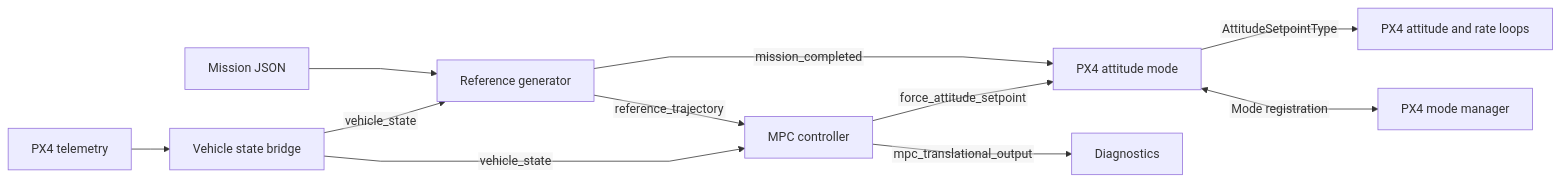
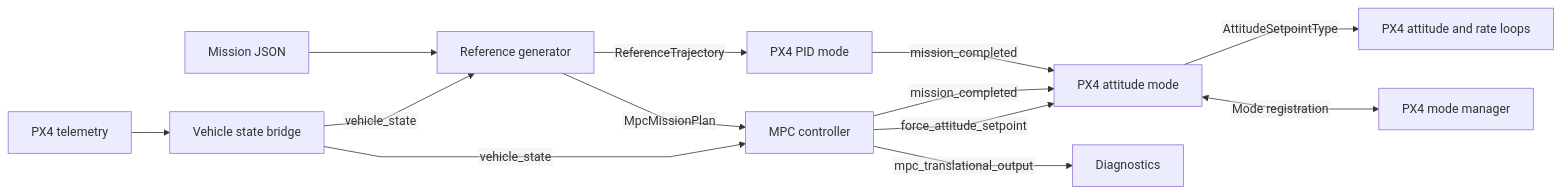
The first of 2 diagrams in README.md (bluemoonfake/mpc_control), drawn with Mermaid before and after one commit. The commit also changed other lines of this file and 43 other files, not shown here.

````diff
--- a/README.md
+++ b/README.md
@@ -15,14 +15,16 @@
 ```mermaid
 %%{init: {"flowchart": {"curve": "linear", "htmlLabels": false}}}%%
 flowchart LR
     Telemetry["PX4 telemetry"] --> Bridge["Vehicle state bridge"]
     Bridge -->|vehicle_state| MPC["MPC controller"]
     Bridge -->|vehicle_state| Ref["Reference generator"]
     Mission["Mission JSON"] --> Ref
-    Ref -->|reference_trajectory| MPC
+    Ref -->|MpcMissionPlan| MPC
+    Ref -->|ReferenceTrajectory| PID["PX4 PID mode"]
     MPC -->|force_attitude_setpoint| Adapter["PX4 attitude mode"]
     MPC -->|mpc_translational_output| Diagnostics["Diagnostics"]
-    Ref -->|mission_completed| Adapter
+    MPC -->|mission_completed| Adapter
+    PID -->|mission_completed| Adapter
     Adapter -->|AttitudeSetpointType| PX4["PX4 attitude and rate loops"]
     Adapter <-->|Mode registration| Manager["PX4 mode manager"]
 ```
````
